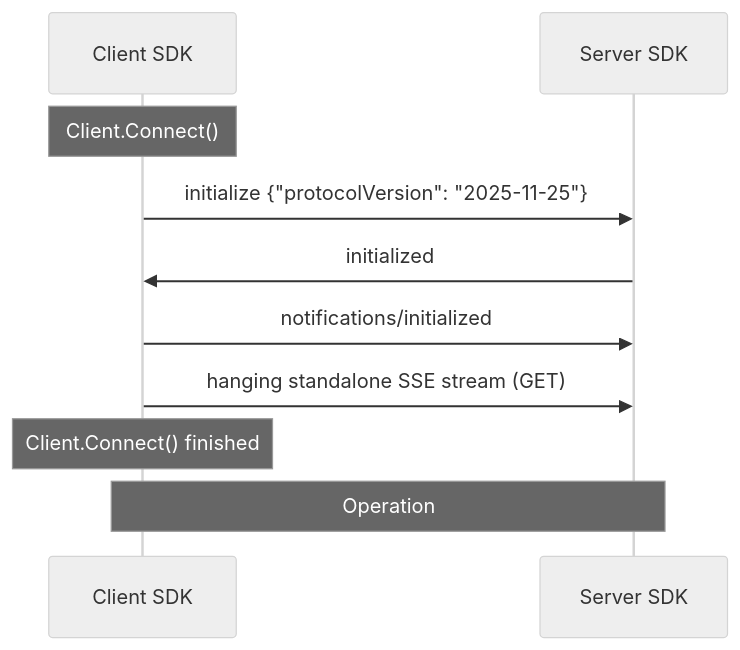
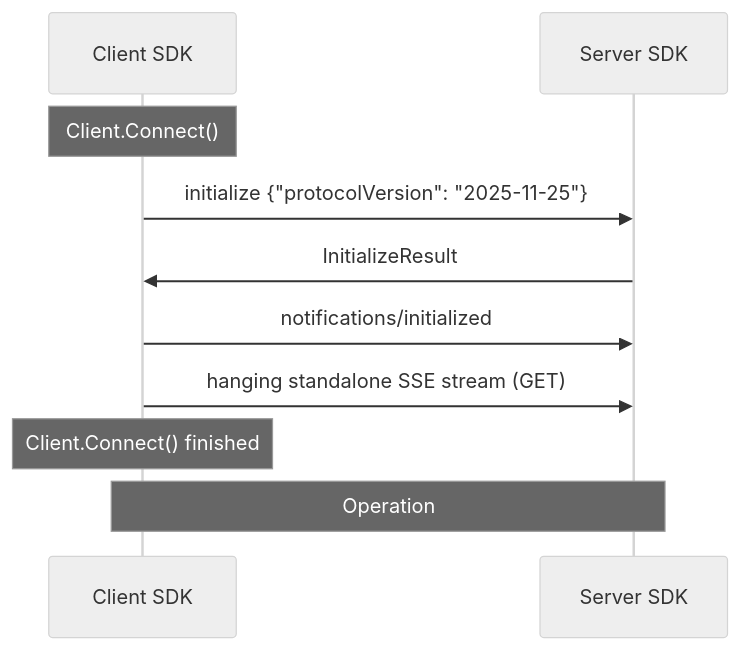
The first of 3 diagrams in design/stateless.md (modelcontextprotocol/go-sdk), drawn with Mermaid (neutral theme) before and after one commit. The commit also changed other lines of this file, not shown here.

````diff
--- a/design/stateless.md
+++ b/design/stateless.md
@@ -336,13 +378,13 @@
 ```mermaid
 sequenceDiagram
     participant c as Client SDK
     participant s as Server SDK
 
     Note over c: Client.Connect()
     c->>s: initialize {"protocolVersion": "2025-11-25"}
-    s->>c: initialized
+    s->>c: InitializeResult
     c->>s: notifications/initialized
     c->>s: hanging standalone SSE stream (GET)
     note over c: Client.Connect() finished
     note over c,s: Operation
 ```
````
